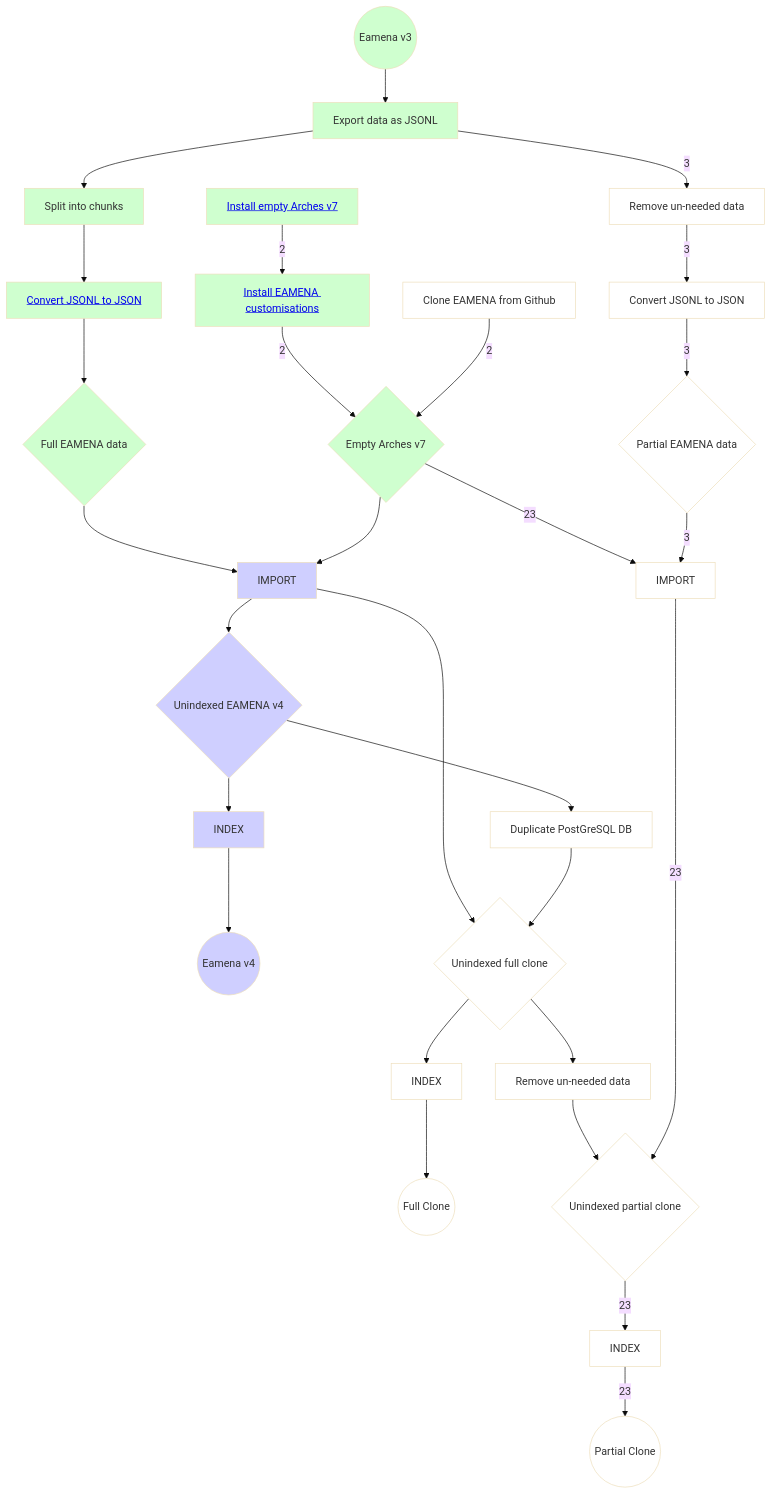
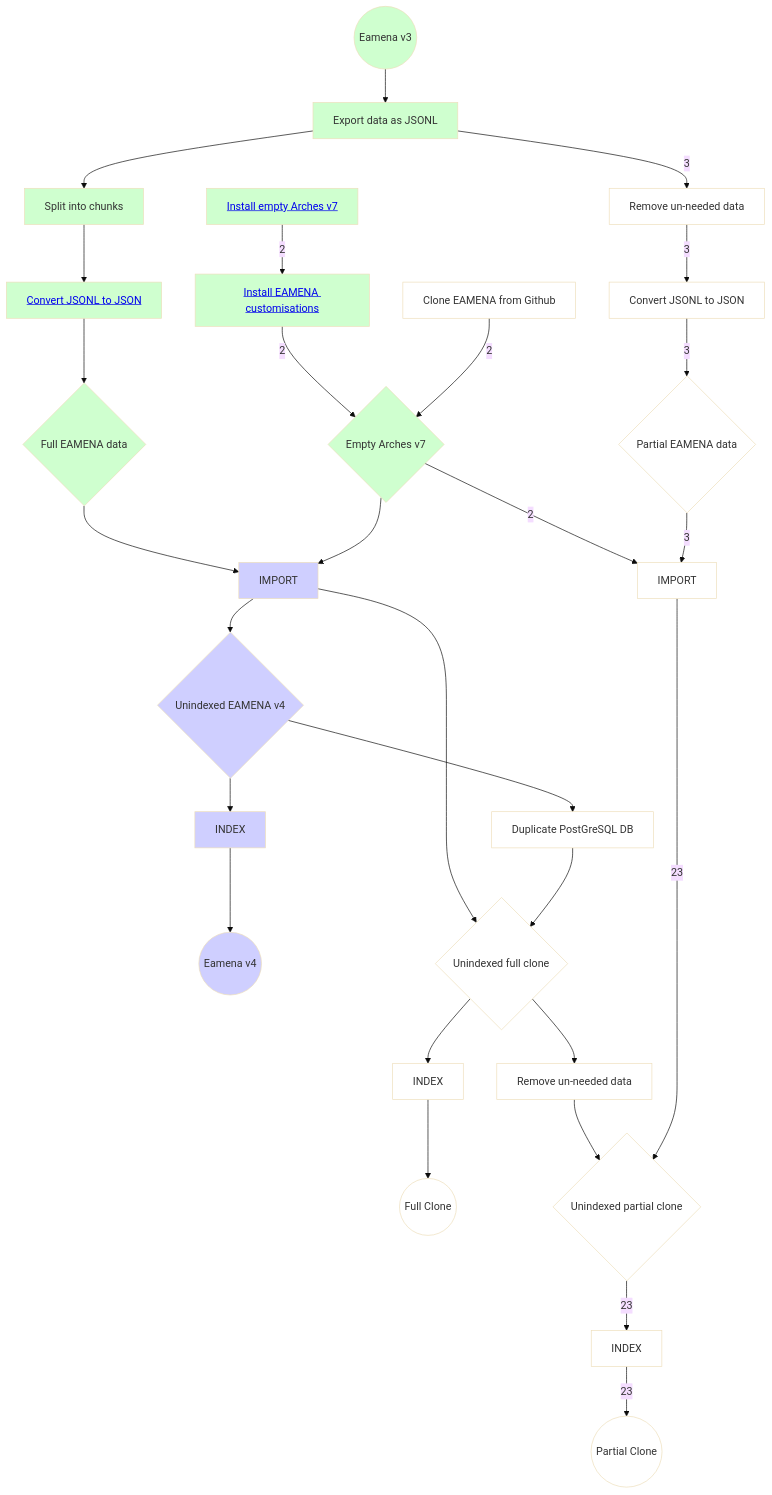
One commit to eamena-project/eamena-arches-dev changed the first of 2 diagrams in dbs/database.eamena/install/README.md. Above: the diagram before and after it, drawn with Mermaid (base theme). The commit also changed other lines of this file, not shown here.

Commit message:
db install

````diff
--- a/dbs/database.eamena/install/README.md
+++ b/dbs/database.eamena/install/README.md
@@ -28,55 +28,55 @@
 ```mermaid
 flowchart
 	id1((Eamena v3))-->id2[Export data as JSONL]
 	id2-->id3[Split into chunks]
 	id3-->id4[ <a href='https://github.com/eamena-project/eamena-arches-dev/tree/main/dbs/database.eamena/install#convert-jsonl-to-json'>Convert JSONL to JSON </a> ]
 	id4-->id5{Full EAMENA data}
 	id5-->id6[IMPORT]
 	id7[ <a href='https://github.com/eamena-project/eamena-arches-dev/tree/main/dbs/database.eamena/install#install-empty-arches-v7'> Install empty Arches v7 </a>] --2--> id25[ <a href='https://github.com/eamena-project/eamena-arches-dev/tree/main/dbs/database.eamena/install#install-eamena-customisations'>Install EAMENA customisations</a> ]
 	id25 --2--> id8{Empty Arches v7}
 	id9[Clone EAMENA from Github] --2--> id8
 	id8-->id6
 	id6-->id10{Unindexed EAMENA v4}
 	id10-->id11[Duplicate PostGreSQL DB]
 	id10-->id12[INDEX]
 	id12-->id13((Eamena v4))
 	id2 --3--> id14[Remove un-needed data]
 	id6-->id15{Unindexed full clone}
 	id11-->id15
 	id15-->id16[INDEX]
 	id16-->id17((Full Clone))
 	id18{Unindexed partial clone} --23--> id19[INDEX]
 	id19 --23--> id20((Partial Clone))
 	id14 --3--> id21[Convert JSONL to JSON]
 	id21 --3--> id22{Partial EAMENA data}
 	id15-->id23[Remove un-needed data]
-	id8 --23--> id24[IMPORT]
+	id8 --2--> id24[IMPORT]
 	id22 --3--> id24
 	id23-->id18
 	id24 --23--> id18
 	style id1 fill:#CFFFCF
 	style id2 fill:#CFFFCF
 	style id3 fill:#CFFFCF
 	style id4 fill:#CFFFCF
 	style id5 fill:#CFFFCF
 	style id6 fill:#CFCFFF
 	style id7 fill:#CFFFCF
 	style id8 fill:#CFFFCF
 	style id9 fill:#FFFFFF
 	style id10 fill:#CFCFFF
 	style id11 fill:#FFFFFF
 	style id12 fill:#CFCFFF
 	style id13 fill:#CFCFFF
 	style id14 fill:#FFFFFF
 	style id15 fill:#FFFFFF
 	style id16 fill:#FFFFFF
 	style id17 fill:#FFFFFF
 	style id18 fill:#FFFFFF
 	style id19 fill:#FFFFFF
 	style id20 fill:#FFFFFF
 	style id21 fill:#FFFFFF
 	style id22 fill:#FFFFFF
 	style id23 fill:#FFFFFF
 	style id24 fill:#FFFFFF
 	style id25 fill:#CFFFCF
 ```
````
